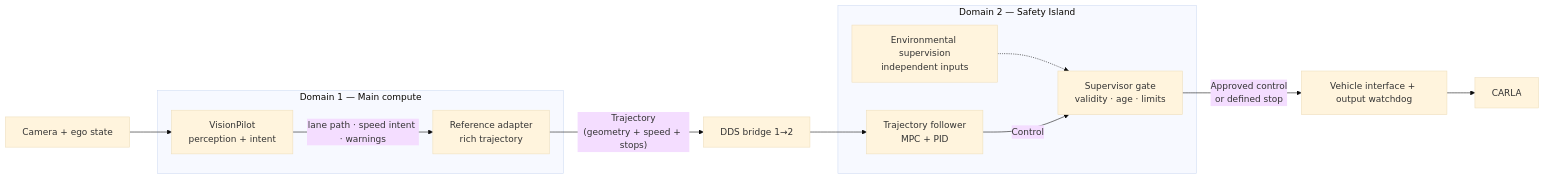
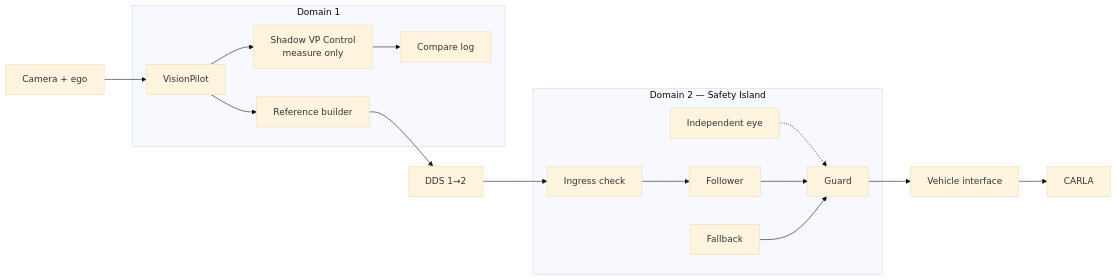
The diagram in docs/vp-si-integration-plan.md (oguzkaganozt/openadkit-e2e), drawn with Mermaid (base theme) before and after one commit. The commit also changed other lines of this file, not shown here.

````diff
--- a/docs/vp-si-integration-plan.md
+++ b/docs/vp-si-integration-plan.md
@@ -39,19 +47,27 @@
 ```mermaid
 flowchart LR
-    CAM["Camera + ego state"] --> VP
-    subgraph D1["Domain 1 — Main compute"]
-        VP["VisionPilot\nperception + intent"]
-        AD["Reference adapter\nrich trajectory"]
-        VP -->|"lane path · speed intent · warnings"| AD
+    CAM["Camera + ego"] --> VP
+    subgraph D1["Domain 1"]
+        VP["VisionPilot"]
+        AD["Reference builder"]
+        SH["Shadow VP Control\nmeasure only"]
+        LOG["Compare log"]
+        VP --> AD
+        VP --> SH
+        SH --> LOG
     end
-    AD -->|"Trajectory\n(geometry + speed + stops)"| BR["DDS bridge 1→2"]
-    BR --> FOL
+    AD --> BR["DDS 1→2"]
+    BR --> ING
     subgraph SI["Domain 2 — Safety Island"]
-        FOL["Trajectory follower\nMPC + PID"]
-        SUP["Supervisor gate\nvalidity · age · limits"]
-        ENV["Environmental supervision\nindependent inputs"] -.-> SUP
-        FOL -->|"Control"| SUP
+        ING["Ingress check"]
+        FOL["Follower"]
+        SUP["Guard"]
+        MRM["Fallback"]
+        ENV["Independent eye"] -.-> SUP
+        ING --> FOL
+        FOL --> SUP
+        MRM --> SUP
     end
-    SUP -->|"Approved control\nor defined stop"| IF["Vehicle interface + output watchdog"]
+    SUP --> IF["Vehicle interface"]
     IF --> CARLA["CARLA"]
 ```
````
